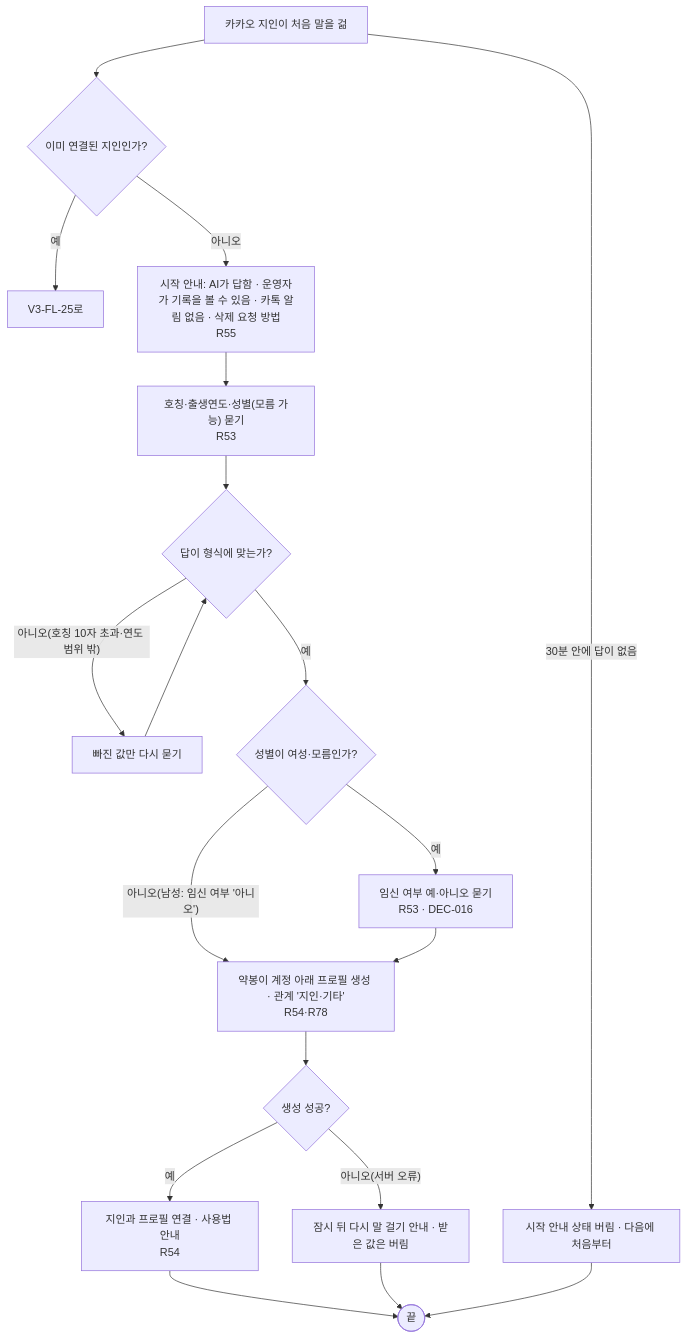
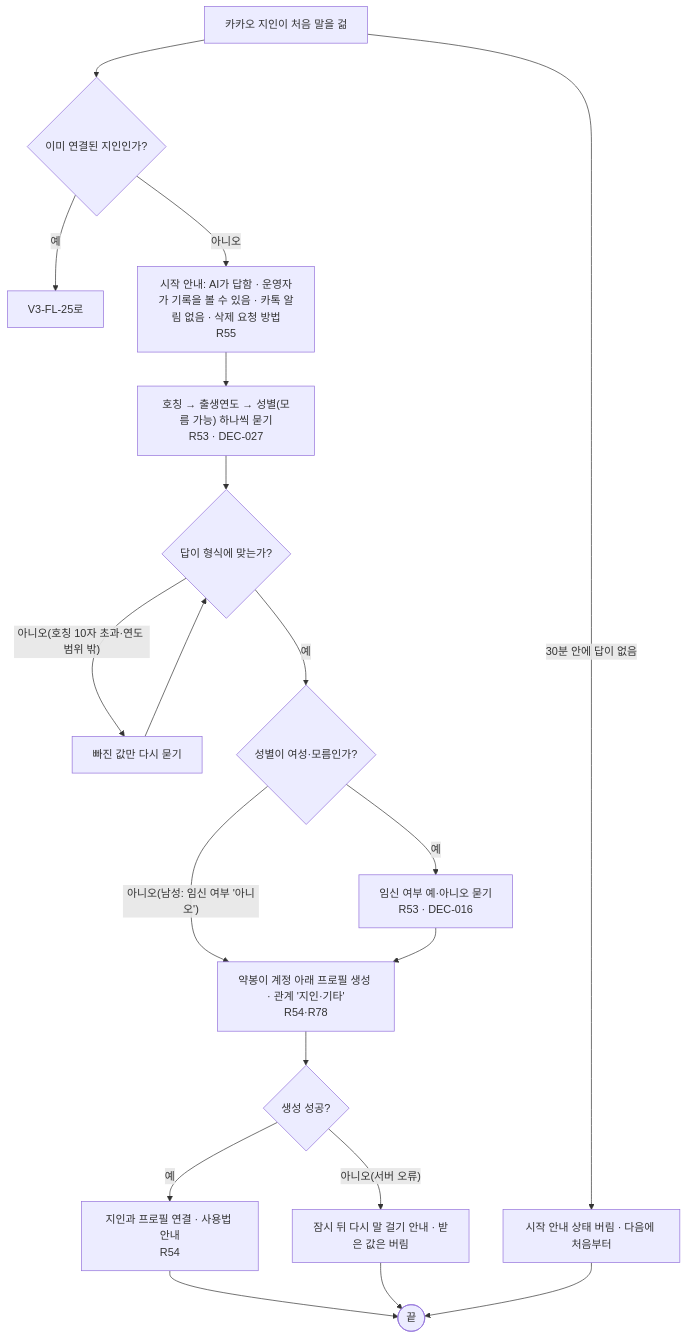
The eighth of 13 diagrams in docs/03-user-flow/user-flow-v3.md (kodonghui/pillboot-dev), drawn with Mermaid before and after one commit. The commit also changed other lines of this file and 3 other files, not shown here.

````diff
--- a/docs/03-user-flow/user-flow-v3.md
+++ b/docs/03-user-flow/user-flow-v3.md
@@ -195,21 +195,21 @@
 ```mermaid
 flowchart TD
     HELLO["카카오 지인이 처음 말을 걺"] --> LINKED{"이미 연결된 지인인가?"}
     LINKED -->|"예"| NORMAL["V3-FL-25로"]
     LINKED -->|"아니오"| GUIDE["시작 안내: AI가 답함 · 운영자가 기록을 볼 수 있음 · 카톡 알림 없음 · 삭제 요청 방법<br/>R55"]
-    GUIDE --> ASK["호칭·출생연도·성별(모름 가능) 묻기<br/>R53"]
+    GUIDE --> ASK["호칭 → 출생연도 → 성별(모름 가능) 하나씩 묻기<br/>R53 · DEC-027"]
     ASK --> REPLY{"답이 형식에 맞는가?"}
     REPLY -->|"아니오(호칭 10자 초과·연도 범위 밖)"| AGAIN["빠진 값만 다시 묻기"]
     AGAIN --> REPLY
     REPLY -->|"예"| PREG{"성별이 여성·모름인가?"}
     PREG -->|"예"| ASKPREG["임신 여부 예·아니오 묻기<br/>R53 · DEC-016"]
     PREG -->|"아니오(남성: 임신 여부 '아니오')"| CREATE
     ASKPREG --> CREATE["약봉이 계정 아래 프로필 생성 · 관계 '지인·기타'<br/>R54·R78"]
     CREATE --> CREATED{"생성 성공?"}
     CREATED -->|"예"| LINK["지인과 프로필 연결 · 사용법 안내<br/>R54"]
     CREATED -->|"아니오(서버 오류)"| SORRY["잠시 뒤 다시 말 걸기 안내 · 받은 값은 버림"]
     LINK --> END(["끝"])
     SORRY --> END
     HELLO -->|"30분 안에 답이 없음"| DROP["시작 안내 상태 버림 · 다음에 처음부터"]
     DROP --> END
 ```
````
